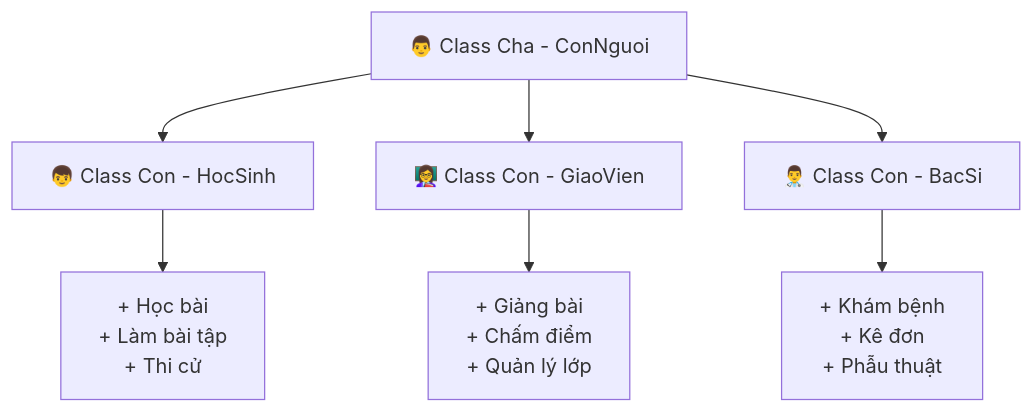
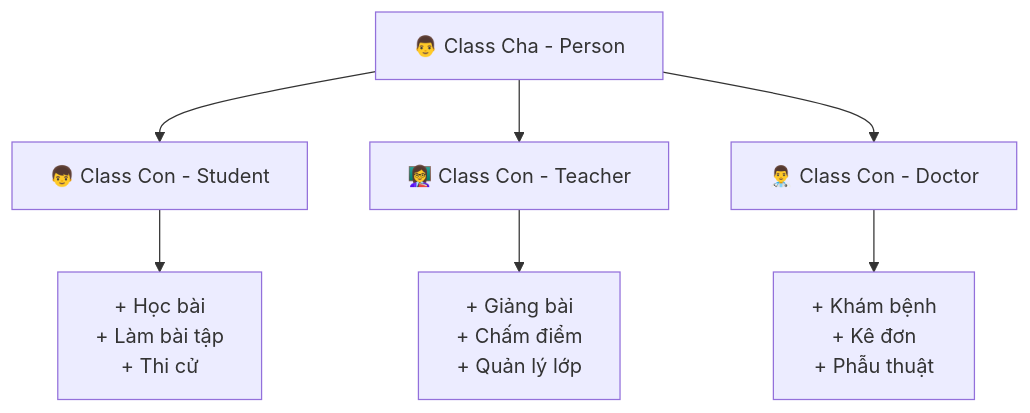
The diagram in docs-python/advanced/inheritance.md (behitek/beli5), drawn with Mermaid before and after one commit. The commit also changed other lines of this file and 13 other files, not shown here.

````diff
--- a/docs-python/advanced/inheritance.md
+++ b/docs-python/advanced/inheritance.md
@@ -19,10 +19,10 @@
 ```mermaid
 graph TD
-    A[👨 Class Cha - ConNguoi] --> B[👦 Class Con - HocSinh]
-    A --> C[👩‍🏫 Class Con - GiaoVien]
-    A --> D[👨‍⚕️ Class Con - BacSi]
+    A[👨 Class Cha - Person] --> B[👦 Class Con - Student]
+    A --> C[👩‍🏫 Class Con - Teacher]
+    A --> D[👨‍⚕️ Class Con - Doctor]
     
     B --> B1[+ Học bài<br/>+ Làm bài tập<br/>+ Thi cử]
     C --> C1[+ Giảng bài<br/>+ Chấm điểm<br/>+ Quản lý lớp]
     D --> D1[+ Khám bệnh<br/>+ Kê đơn<br/>+ Phẫu thuật]
 ```
````
